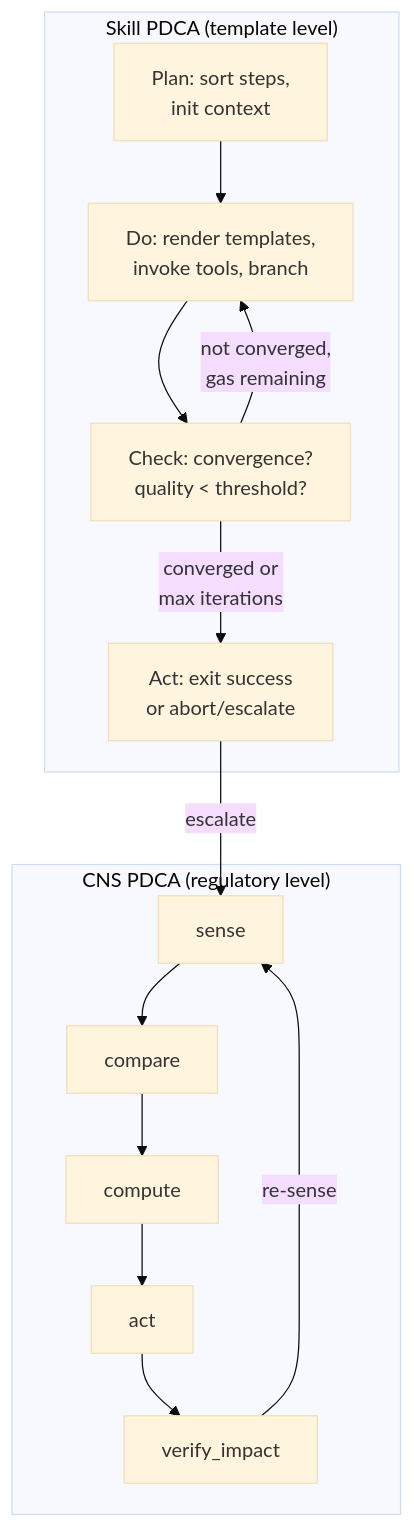
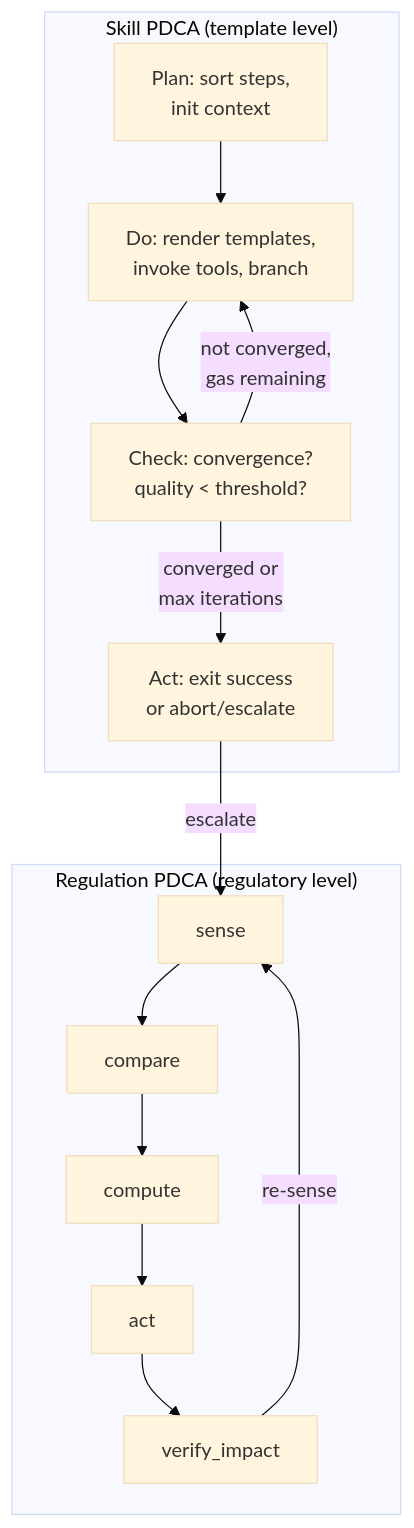
One commit to mdz-axo/hKask changed the second of 14 diagrams in docs/explanation/cns-and-loops.md. Above: the diagram before and after it, drawn with Mermaid (base theme). The commit also changed other lines of this file and 68 other files, not shown here.

First line of the commit message:
Rename CNS to Regulation across docs

````diff
--- a/docs/explanation/cns-and-loops.md
+++ b/docs/explanation/cns-and-loops.md
@@ -241,24 +241,24 @@
 ```mermaid
 flowchart TD
     subgraph SkillLevel["Skill PDCA (template level)"]
         P["Plan: sort steps,\ninit context"]
         D["Do: render templates,\ninvoke tools, branch"]
         C["Check: convergence?\nquality < threshold?"]
         A["Act: exit success\nor abort/escalate"]
         P --> D --> C
         C -->|"not converged,\ngas remaining"| D
         C -->|"converged or\nmax iterations"| A
     end
 
-    subgraph CNSLevel["CNS PDCA (regulatory level)"]
+    subgraph CNSLevel["Regulation PDCA (regulatory level)"]
         S2["sense"]
         C2["compare"]
         CO2["compute"]
         A2["act"]
         V2["verify_impact"]
         S2 --> C2 --> CO2 --> A2 --> V2
         V2 -->|"re-sense"| S2
     end
 
     A -->|"escalate"| S2
 ```
````
